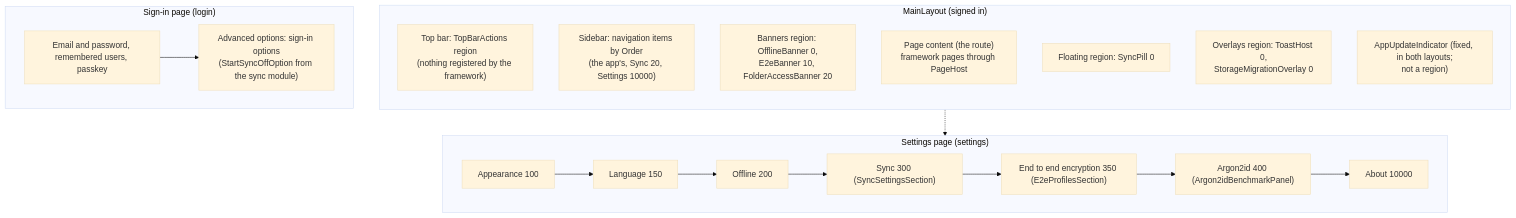
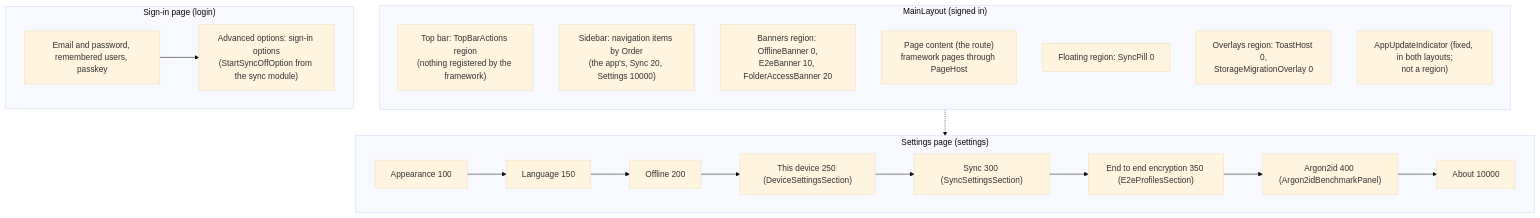
One commit to devoctomy/blazwiz changed the first of 4 diagrams in docs/diagrams/extension-points.md. Above: the diagram before and after it, drawn with Mermaid (base theme). The commit also changed 42 other files, not shown here.

````diff
--- a/docs/diagrams/extension-points.md
+++ b/docs/diagrams/extension-points.md
@@ -24,32 +24,33 @@
 ```mermaid
 flowchart TB
     subgraph Main["MainLayout (signed in)"]
         direction TB
         Top["Top bar: TopBarActions region<br/>(nothing registered by the framework)"]
         Side["Sidebar: navigation items by Order<br/>(the app's, Sync 20, Settings 10000)"]
         Banners["Banners region: OfflineBanner 0,<br/>E2eBanner 10, FolderAccessBanner 20"]
         Body["Page content (the route)<br/>framework pages through PageHost"]
         Floating["Floating region: SyncPill 0"]
         Overlays["Overlays region: ToastHost 0,<br/>StorageMigrationOverlay 0"]
         Update["AppUpdateIndicator (fixed, in both layouts;<br/>not a region)"]
     end
 
     subgraph SettingsPage["Settings page (settings)"]
         S1["Appearance 100"]
         S2["Language 150"]
         S3["Offline 200"]
+        S3b["This device 250 (DeviceSettingsSection)"]
         S4["Sync 300 (SyncSettingsSection)"]
         S4b["End to end encryption 350 (E2eProfilesSection)"]
         S5["Argon2id 400 (Argon2idBenchmarkPanel)"]
         S6["About 10000"]
-        S1 --> S2 --> S3 --> S4 --> S4b --> S5 --> S6
+        S1 --> S2 --> S3 --> S3b --> S4 --> S4b --> S5 --> S6
     end
 
     subgraph LoginPage["Sign-in page (login)"]
         L1["Email and password, remembered users, passkey"]
         L2["Advanced options: sign-in options<br/>(StartSyncOffOption from the sync module)"]
         L1 --> L2
     end
 
     Body -.-> SettingsPage
 ```
````
